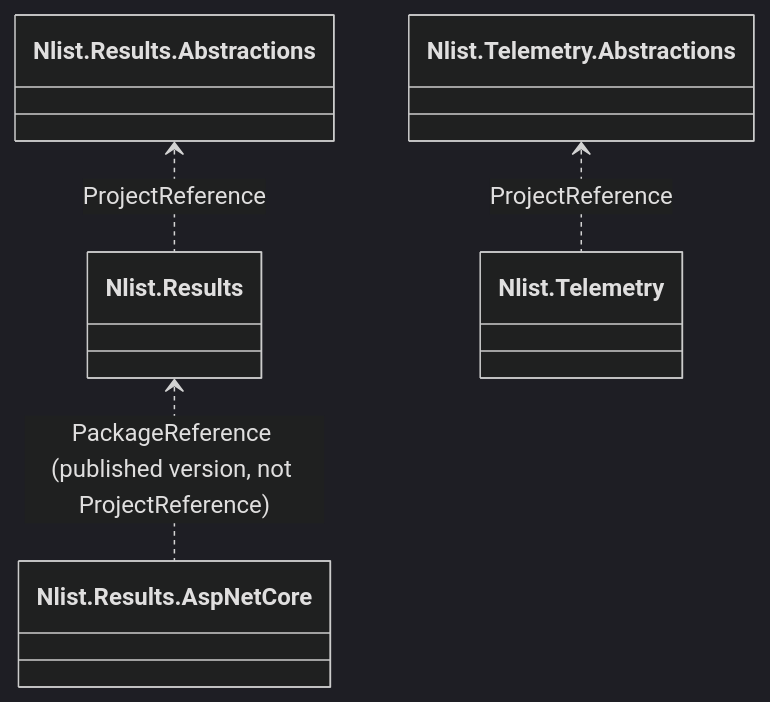
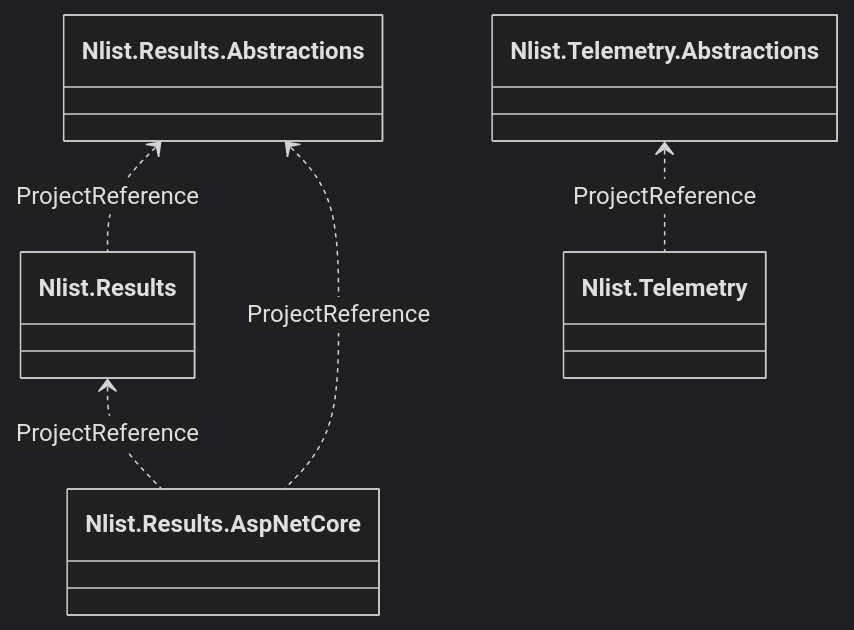
One commit to nlistid/nlist-packages changed the diagram in README.md. Above: the diagram before and after it, drawn with Mermaid (dark theme). The commit also changed other lines of this file and 10 other files, not shown here.

````diff
--- a/README.md
+++ b/README.md
@@ -26,7 +28,8 @@
 ```mermaid
 classDiagram
 
 Nlist.Results.Abstractions <.. Nlist.Results : ProjectReference
-Nlist.Results <.. Nlist.Results.AspNetCore : PackageReference (published version, not ProjectReference)
+Nlist.Results.Abstractions <.. Nlist.Results.AspNetCore : ProjectReference
+Nlist.Results <.. Nlist.Results.AspNetCore : ProjectReference
 Nlist.Telemetry.Abstractions <.. Nlist.Telemetry : ProjectReference
 ```
````
